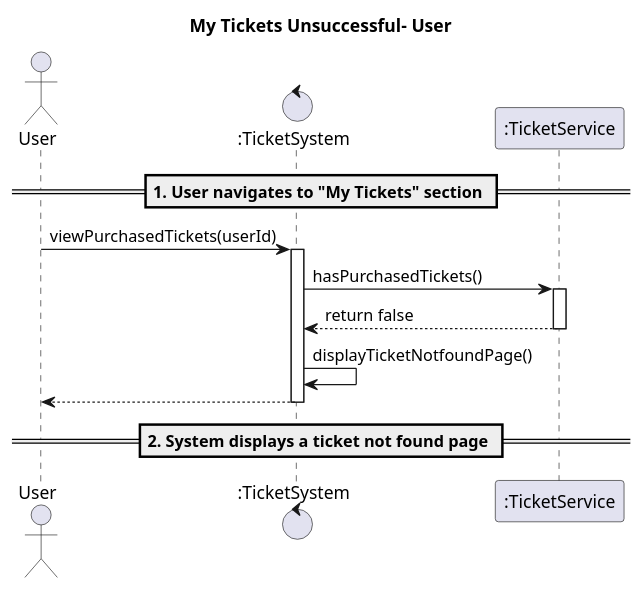
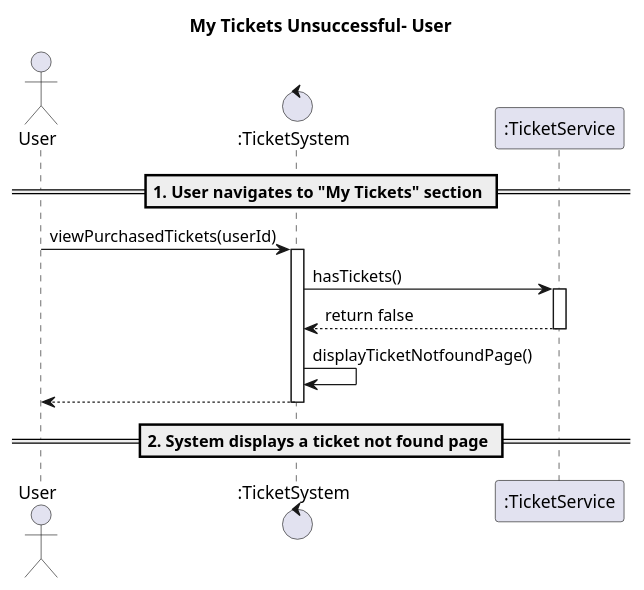
Before and after one commit to mrle0429/Event-Management-System: the diagram in 02-analysis/usecases/text/18-my-tickets-empty.puml, drawn with PlantUML. The commit also changed 6 other files, not shown here.

```diff
--- a/02-analysis/usecases/text/18-my-tickets-empty.puml
+++ b/02-analysis/usecases/text/18-my-tickets-empty.puml
@@ -1,19 +1,19 @@
 @startuml
 title My Tickets Unsuccessful- User
 
 actor User
 control ":TicketSystem" as UD
 participant ":TicketService" as TS
 
 == 1. User navigates to "My Tickets" section ==
 User -> UD : viewPurchasedTickets(userId)
 activate UD
-UD -> TS : hasPurchasedTickets()
+UD -> TS : hasTickets()
 activate TS
 TS --> UD : return false
 deactivate TS
 UD -> UD : displayTicketNotfoundPage()
 UD --> User :
 deactivate UD
 == 2. System displays a ticket not found page ==
 @enduml
```
